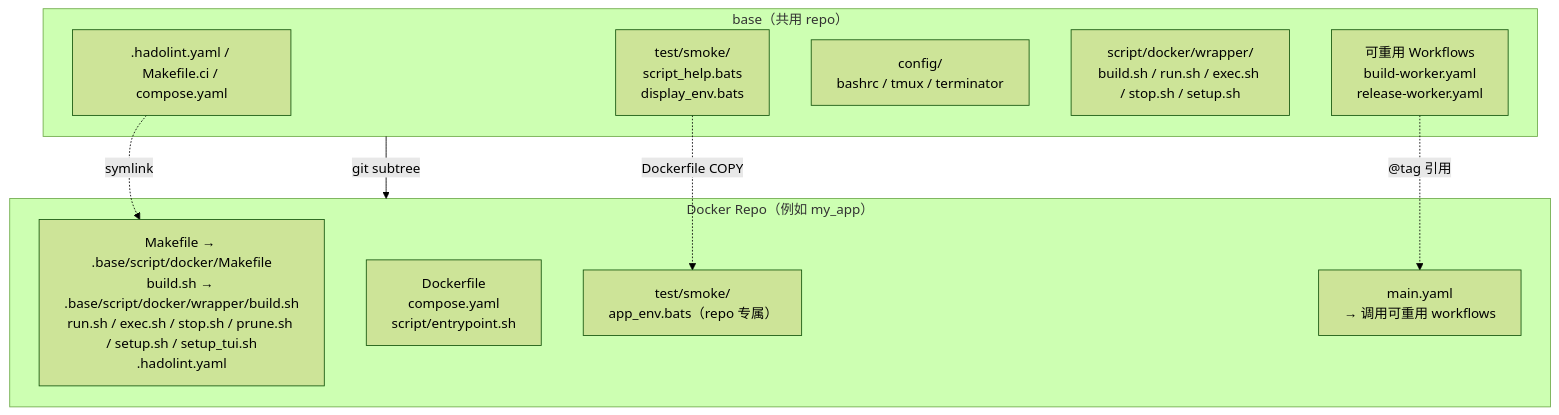
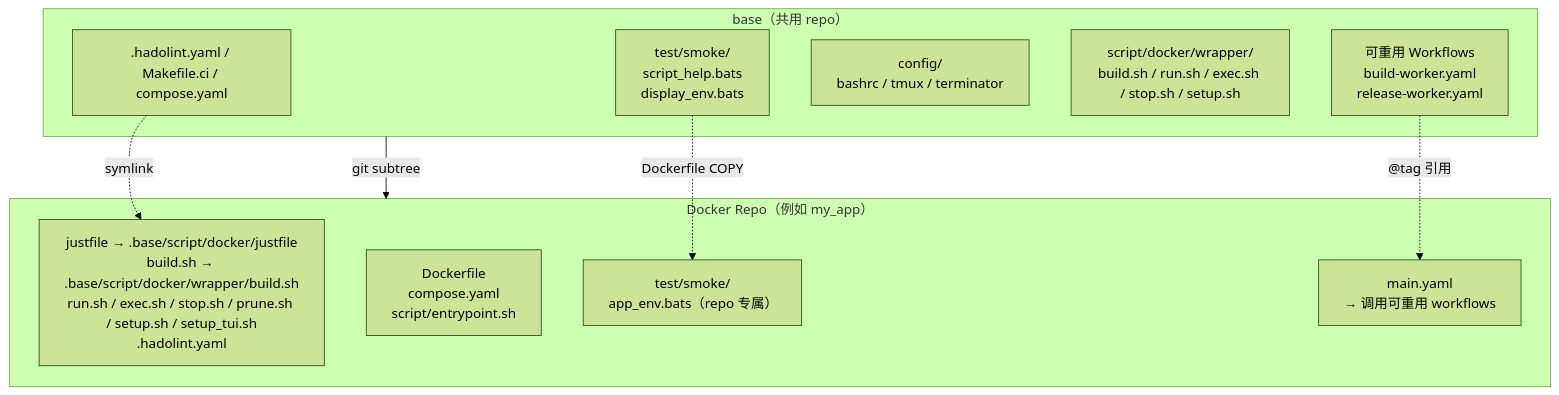
Before and after one commit to ycpss91255-docker/base: the first of 2 diagrams in doc/readme/README.zh-CN.md, drawn with Mermaid (forest theme). The commit also changed other lines of this file and 17 other files, not shown here.

````diff
--- a/doc/readme/README.zh-CN.md
+++ b/doc/readme/README.zh-CN.md
@@ -56,22 +56,22 @@
 ```mermaid
 graph TB
     subgraph base["base（共用 repo）"]
         scripts[".hadolint.yaml / Makefile.ci / compose.yaml"]
         smoke["test/smoke/<br/>script_help.bats<br/>display_env.bats"]
         config["config/<br/>bashrc / tmux / terminator"]
         mgmt["script/docker/wrapper/<br/>build.sh / run.sh / exec.sh / stop.sh / setup.sh"]
         workflows["可重用 Workflows<br/>build-worker.yaml<br/>release-worker.yaml"]
     end
 
     subgraph consumer["Docker Repo（例如 my_app）"]
-        symlinks["Makefile → .base/script/docker/Makefile<br/>build.sh → .base/script/docker/wrapper/build.sh<br/>run.sh / exec.sh / stop.sh / prune.sh / setup.sh / setup_tui.sh<br/>.hadolint.yaml"]
+        symlinks["justfile → .base/script/docker/justfile<br/>build.sh → .base/script/docker/wrapper/build.sh<br/>run.sh / exec.sh / stop.sh / prune.sh / setup.sh / setup_tui.sh<br/>.hadolint.yaml"]
         dockerfile["Dockerfile<br/>compose.yaml<br/>script/entrypoint.sh"]
         repo_test["test/smoke/<br/>app_env.bats（repo 专属）"]
         main_yaml["main.yaml<br/>→ 调用可重用 workflows"]
     end
 
     base -- "git subtree" --> consumer
     scripts -. "symlink" .-> symlinks
     smoke -. "Dockerfile COPY" .-> repo_test
     workflows -. "@tag 引用" .-> main_yaml
 ```
````
